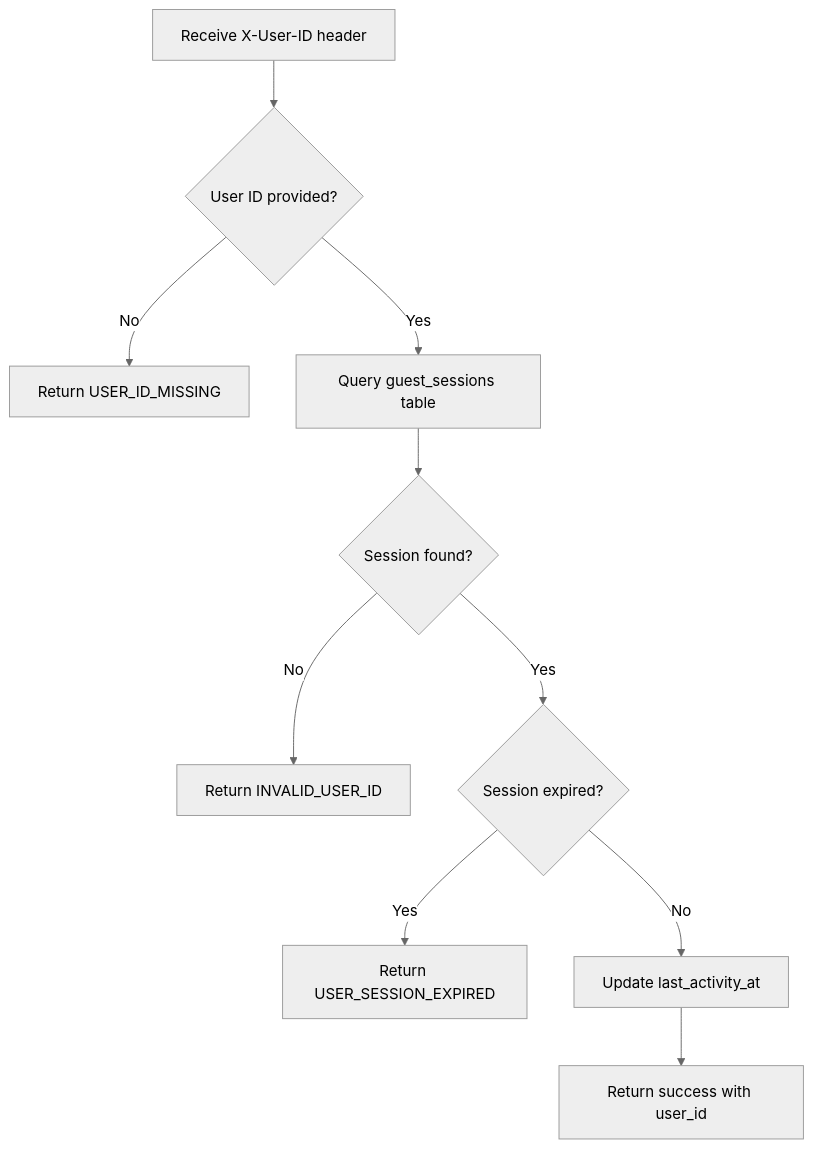
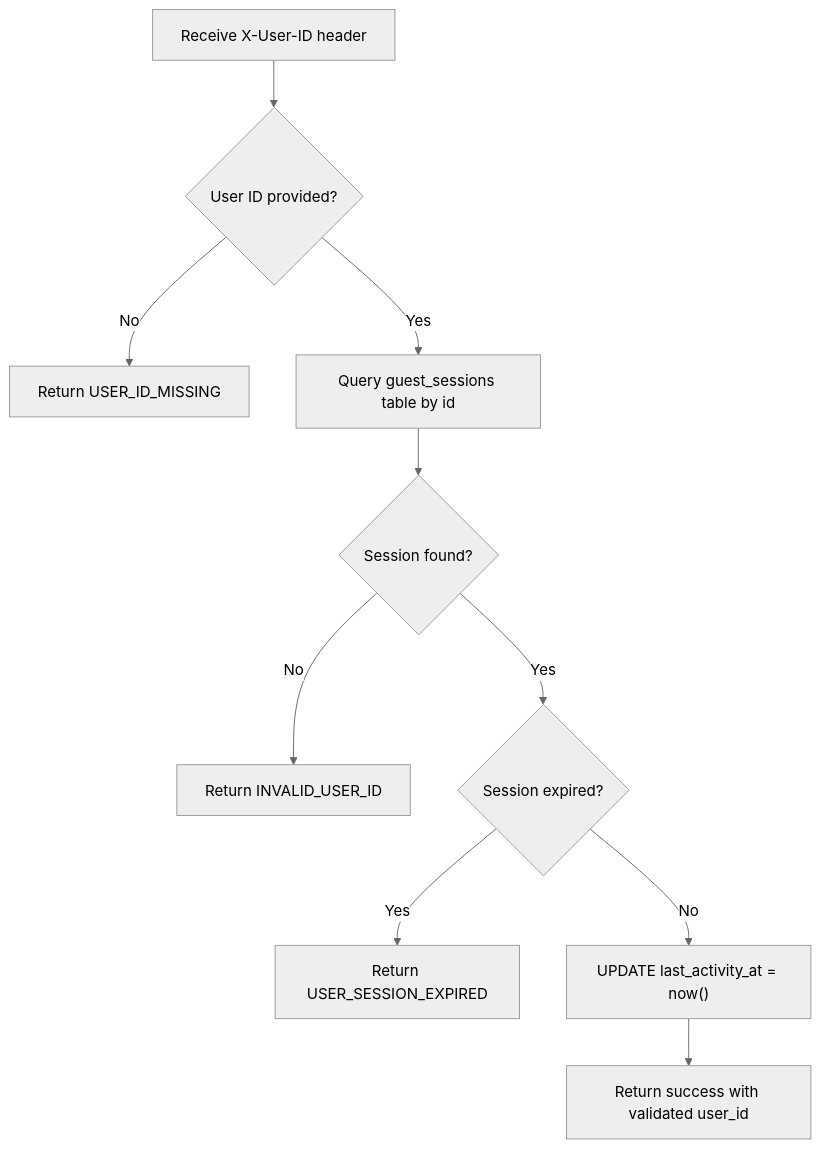
The seventh of 12 diagrams in documentation/FLOWS.md (MONARCH1108/AI_Rag_Assist), drawn with Mermaid (neutral theme) before and after one commit. The commit also changed other lines of this file and 1 other file, not shown here.

````diff
--- a/documentation/FLOWS.md
+++ b/documentation/FLOWS.md
@@ -119,12 +176,12 @@
 ```mermaid
 flowchart TD
     A["Receive X-User-ID header"] --> B{User ID provided?}
     B -->|No| C["Return USER_ID_MISSING"]
-    B -->|Yes| D["Query guest_sessions table"]
+    B -->|Yes| D["Query guest_sessions table by id"]
     D --> E{Session found?}
     E -->|No| F["Return INVALID_USER_ID"]
     E -->|Yes| G{Session expired?}
     G -->|Yes| H["Return USER_SESSION_EXPIRED"]
-    G -->|No| I["Update last_activity_at"]
-    I --> J["Return success with user_id"]
+    G -->|No| I["UPDATE last_activity_at = now()"]
+    I --> J["Return success with validated user_id"]
 ```
````
